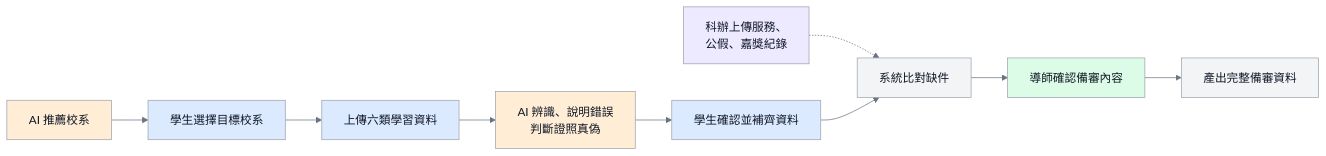
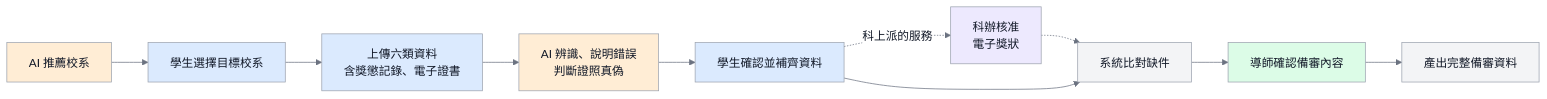
One commit to vujhdcusa/1028 changed the diagram in docs/images/D-15-report-overview.mmd. Above: the diagram before and after it, drawn with Mermaid. The commit also changed 33 other files, not shown here.

```diff
--- a/docs/images/D-15-report-overview.mmd
+++ b/docs/images/D-15-report-overview.mmd
@@ -1,17 +1,18 @@
 %%{init: {'theme':'base','themeVariables': {'fontFamily':'Microsoft JhengHei, Noto Sans TC, Arial, sans-serif','primaryColor':'#F3F4F6','primaryTextColor':'#111827','primaryBorderColor':'#9CA3AF','lineColor':'#6B7280','edgeLabelBackground':'#FFFFFF'},'flowchart':{'wrappingWidth':400}}}%%
 flowchart LR
     classDef student fill:#DBEAFE,stroke:#9CA3AF,color:#111827,stroke-width:1px;
     classDef system fill:#F3F4F6,stroke:#9CA3AF,color:#111827,stroke-width:1px;
     classDef teacher fill:#DCFCE7,stroke:#9CA3AF,color:#111827,stroke-width:1px;
     classDef staff fill:#EDE9FE,stroke:#9CA3AF,color:#111827,stroke-width:1px;
     classDef ai fill:#FFEDD5,stroke:#9CA3AF,color:#111827,stroke-width:1px;
 
     Recommend[AI 推薦校系]:::ai --> Target[學生選擇目標校系]:::student
-    Target --> Upload[上傳六類學習資料]:::student
+    Target --> Upload[上傳六類資料<br/>含獎懲記錄、電子證書]:::student
     Upload --> Check[AI 辨識、說明錯誤<br/>判斷證照真偽]:::ai
     Check --> Confirm[學生確認並補齊資料]:::student
-    Staff[科辦上傳服務、<br/>公假、嘉獎紀錄]:::staff -.-> Core
+    Confirm -.科上派的服務.-> Staff[科辦核准<br/>電子獎狀]:::staff
+    Staff -.-> Core
     Confirm --> Core[系統比對缺件]:::system
     Core --> Teacher
     Teacher[導師確認備審內容]:::teacher
     Teacher --> Output[產出完整備審資料]:::system
```
